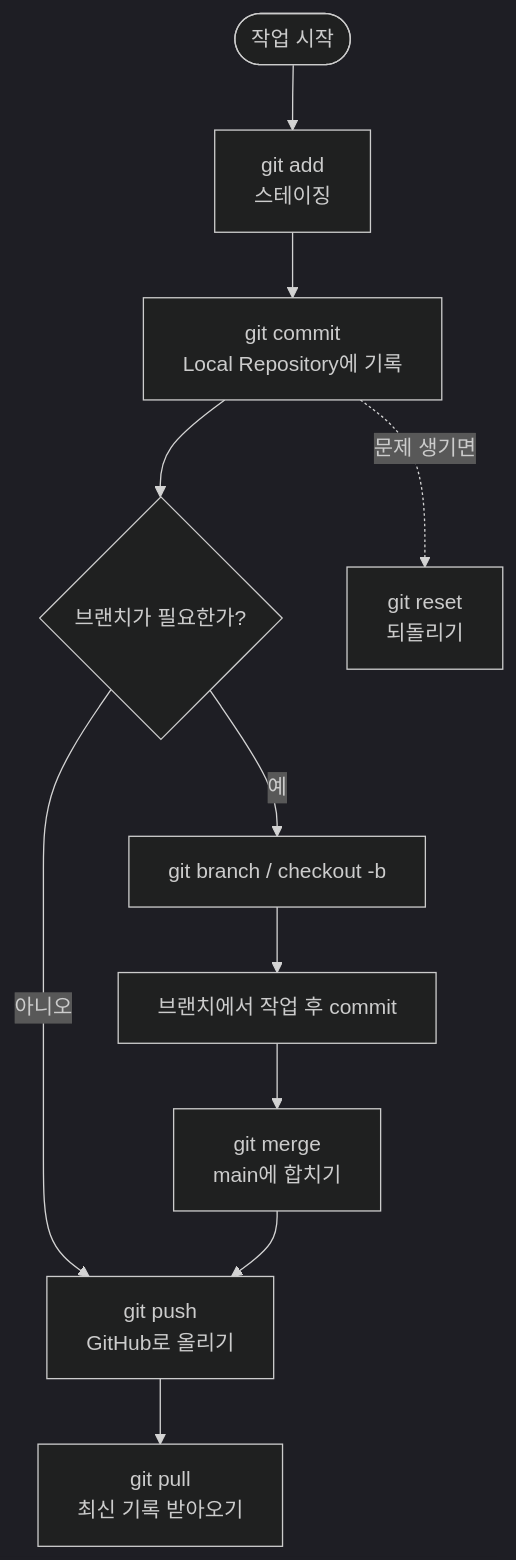
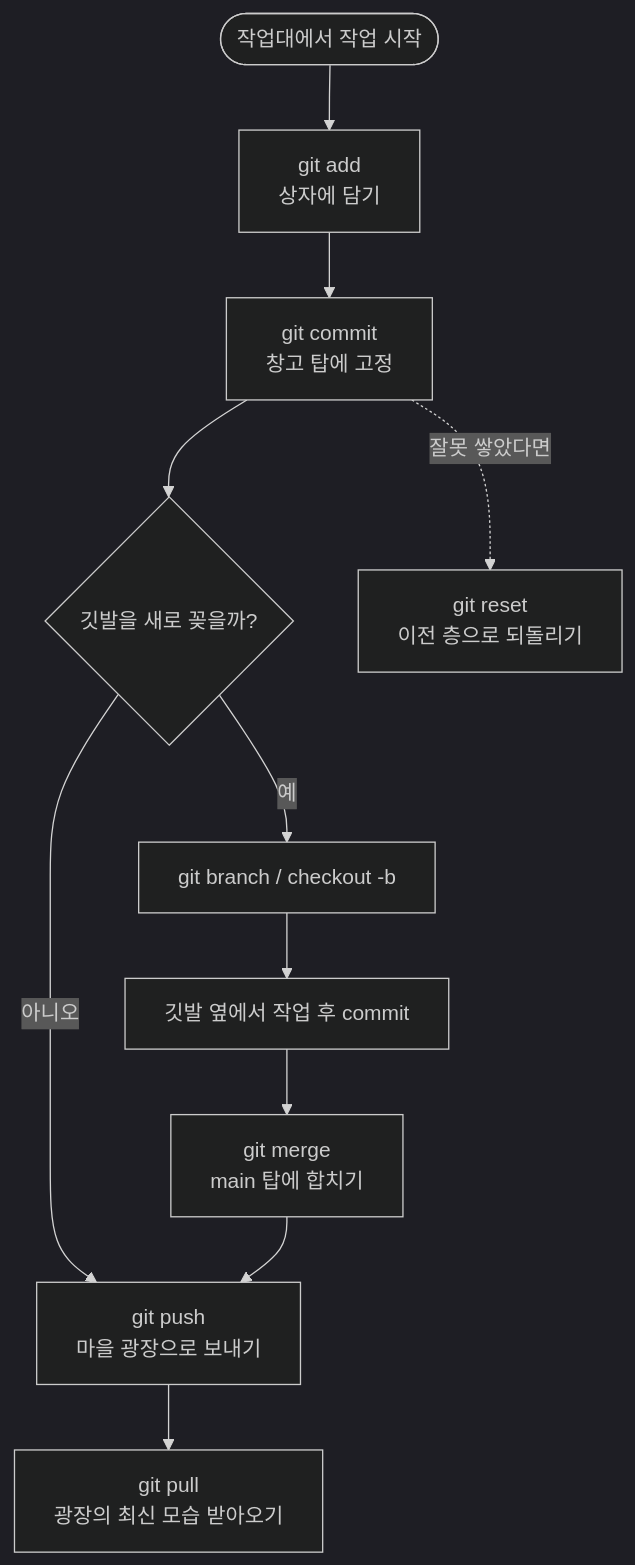
Before and after one commit to skinopero/my-blog: the sixth of 6 diagrams in _posts/2026-08-31-개념 총설명.md, drawn with Mermaid (dark theme). The commit also changed other lines of this file and 2 other files, not shown here.

````diff
--- a/_posts/2026-08-31-개념 총설명.md
+++ b/_posts/2026-08-31-개념 총설명.md
@@ -153,13 +154,13 @@
 ```mermaid
 flowchart TD
-    Start([작업 시작]) --> Add[git add<br/>스테이징]
-    Add --> Commit[git commit<br/>Local Repository에 기록]
-    Commit --> Branch{브랜치가 필요한가?}
-    Branch -- "예" --> Br[git branch / checkout -b]
-    Br --> Work[브랜치에서 작업 후 commit]
-    Work --> Merge[git merge<br/>main에 합치기]
+    Start([작업대에서 작업 시작]) --> Add["git add<br/>상자에 담기"]
+    Add --> Commit["git commit<br/>창고 탑에 고정"]
+    Commit --> Branch{깃발을 새로 꽂을까?}
+    Branch -- "예" --> Br["git branch / checkout -b"]
+    Br --> Work[깃발 옆에서 작업 후 commit]
+    Work --> Merge["git merge<br/>main 탑에 합치기"]
     Branch -- "아니오" --> Push
-    Merge --> Push[git push<br/>GitHub로 올리기]
-    Push --> Pull[git pull<br/>최신 기록 받아오기]
-    Commit -. "문제 생기면" .-> Reset[git reset<br/>되돌리기]
+    Merge --> Push["git push<br/>마을 광장으로 보내기"]
+    Push --> Pull["git pull<br/>광장의 최신 모습 받아오기"]
+    Commit -. "잘못 쌓았다면" .-> Reset["git reset<br/>이전 층으로 되돌리기"]
 ```
````
